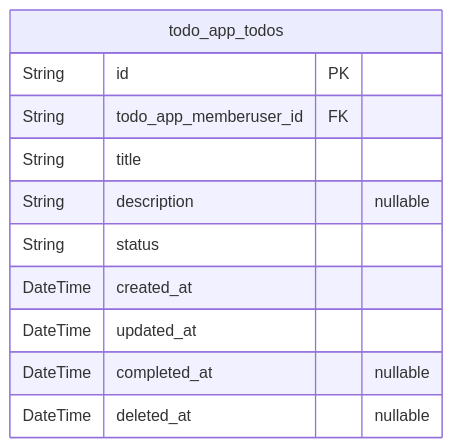
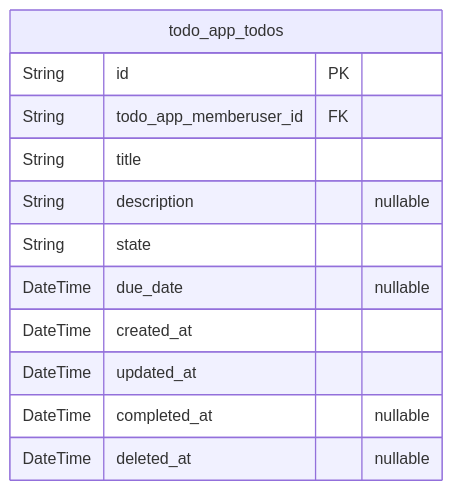
One commit to wrtnlabs/autobe-examples changed the third of 3 diagrams in openai/gpt-5.1/todo/docs/ERD.md. Above: the diagram before and after it, drawn with Mermaid. The commit also changed other lines of this file and 8017 other files, not shown here.

````diff
--- a/openai/gpt-5.1/todo/docs/ERD.md
+++ b/openai/gpt-5.1/todo/docs/ERD.md
@@ -283,14 +329,15 @@
 ```mermaid
 erDiagram
 "todo_app_todos" {
   String id PK
   String todo_app_memberuser_id FK
   String title
   String description "nullable"
-  String status
+  String state
+  DateTime due_date "nullable"
   DateTime created_at
   DateTime updated_at
   DateTime completed_at "nullable"
   DateTime deleted_at "nullable"
 }
 ```
````
